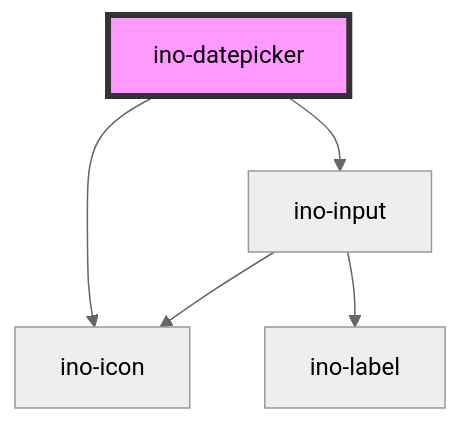
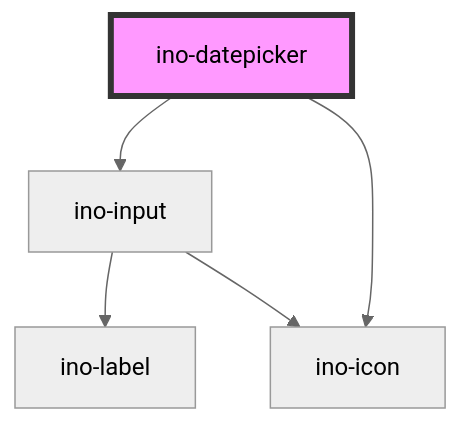
One commit to inovex/elements changed the diagram in packages/elements/src/components/ino-datepicker/readme.md. Above: the diagram before and after it, drawn with Mermaid (neutral theme). The commit also changed other lines of this file and 20 other files, not shown here.

Commit message:
feat(elements|ino-currency-input): add component

````diff
--- a/packages/elements/src/components/ino-datepicker/readme.md
+++ b/packages/elements/src/components/ino-datepicker/readme.md
@@ -214,8 +214,8 @@
 ```mermaid
 graph TD;
   ino-datepicker --> ino-input
   ino-datepicker --> ino-icon
+  ino-input --> ino-label
   ino-input --> ino-icon
-  ino-input --> ino-label
   style ino-datepicker fill:#f9f,stroke:#333,stroke-width:4px
 ```
````
